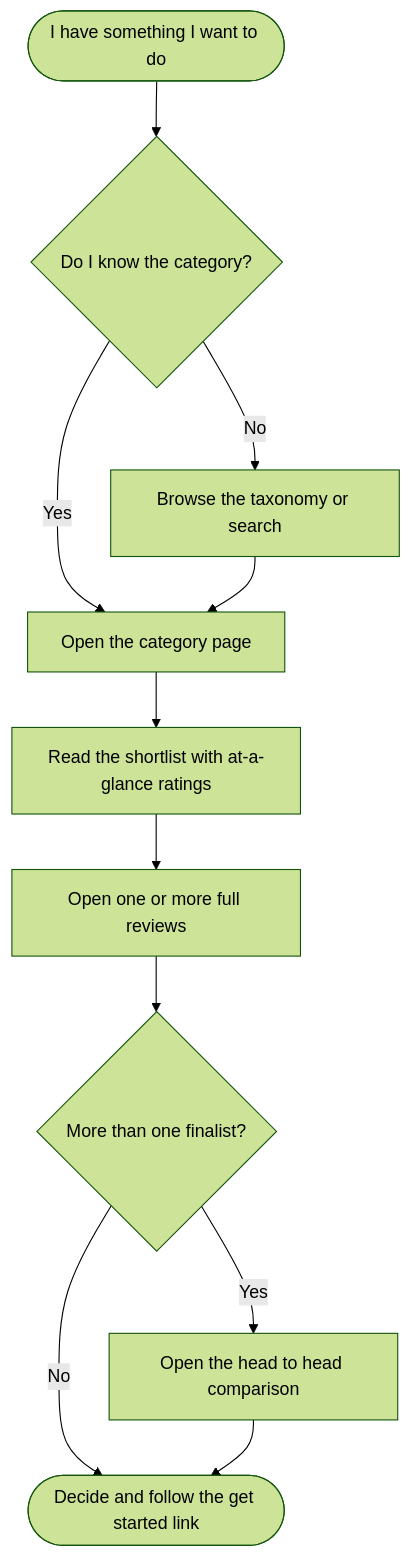
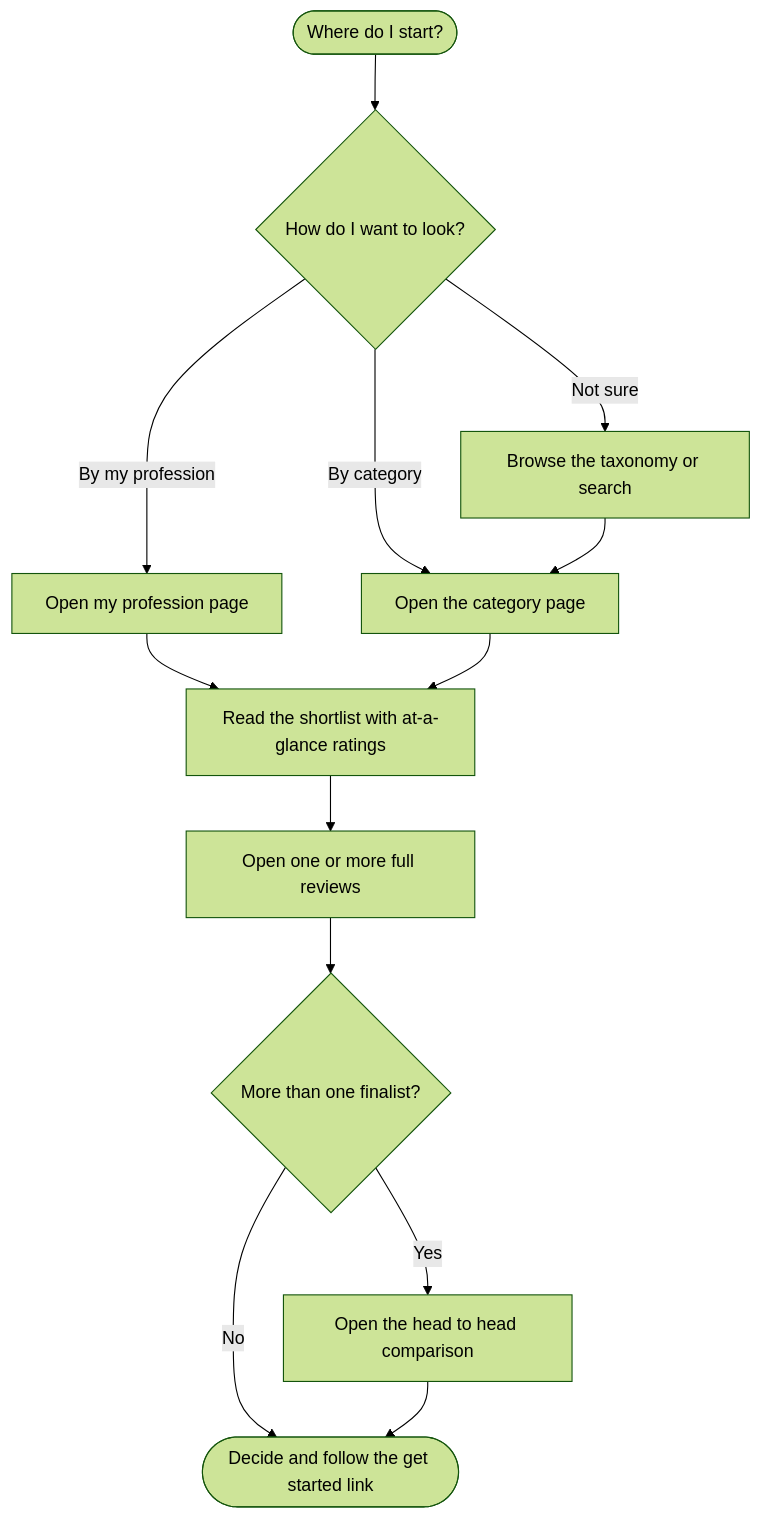
Before and after one commit to ombharatiya/ai-tools: the second of 4 diagrams in docs/requirements.md, drawn with Mermaid (forest theme). The commit also changed other lines of this file and 6 other files, not shown here.

First line of the commit message:
docs: cover apps and add browse-by-profession navigation

````diff
--- a/docs/requirements.md
+++ b/docs/requirements.md
@@ -111,13 +113,15 @@
 ```mermaid
 flowchart TD
-    Start([I have something I want to do]) --> Q{Do I know the category?}
-    Q -- Yes --> Cat[Open the category page]
-    Q -- No --> Browse[Browse the taxonomy or search]
+    Start([Where do I start?]) --> Q{How do I want to look?}
+    Q -- By my profession --> Prof[Open my profession page]
+    Q -- By category --> Cat[Open the category page]
+    Q -- Not sure --> Browse[Browse the taxonomy or search]
+    Prof --> Short
     Browse --> Cat
     Cat --> Short[Read the shortlist with at-a-glance ratings]
     Short --> Review[Open one or more full reviews]
     Review --> Compare{More than one finalist?}
     Compare -- Yes --> Versus[Open the head to head comparison]
     Compare -- No --> Decide
     Versus --> Decide([Decide and follow the get started link])
 ```
````
